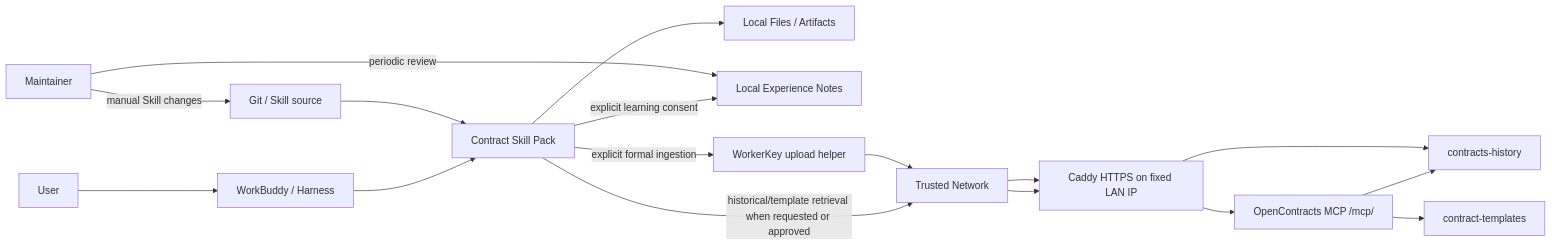
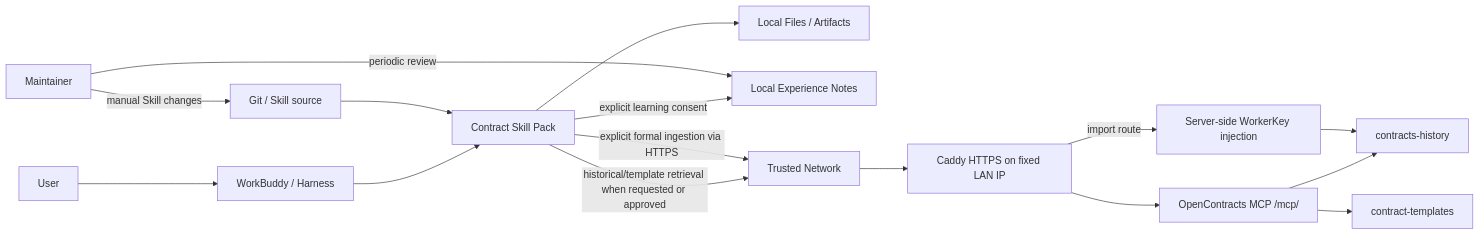
One commit to Ri0n72Y/ContractBotConfig changed the diagram in docs/architecture/system-context.md. Above: the diagram before and after it, drawn with Mermaid. The commit also changed other lines of this file, not shown here.

Commit message:
docs: remove obsolete upload helper from architecture

````diff
--- a/docs/architecture/system-context.md
+++ b/docs/architecture/system-context.md
@@ -11,26 +11,27 @@
 ```mermaid
 flowchart LR
     U[User]
     H[WorkBuddy / Harness]
     S[Contract Skill Pack]
     L[Local Files / Artifacts]
     E[Local Experience Notes]
     N[Trusted Network]
     C[Caddy HTTPS on fixed LAN IP]
     M[OpenContracts MCP /mcp/]
     RH[contracts-history]
     RT[contract-templates]
-    W[WorkerKey upload helper]
+    W[Server-side WorkerKey injection]
     MT[Maintainer]
     G[Git / Skill source]
 
     U --> H --> S
     S --> L
     S -->|historical/template retrieval when requested or approved| N --> C --> M
     M --> RH
     M --> RT
-    S -->|explicit formal ingestion| W --> N --> C --> RH
+    S -->|explicit formal ingestion via HTTPS| N
+    C -->|import route| W --> RH
     S -->|explicit learning consent| E
     MT -->|periodic review| E
     MT -->|manual Skill changes| G --> S
 ```
````
